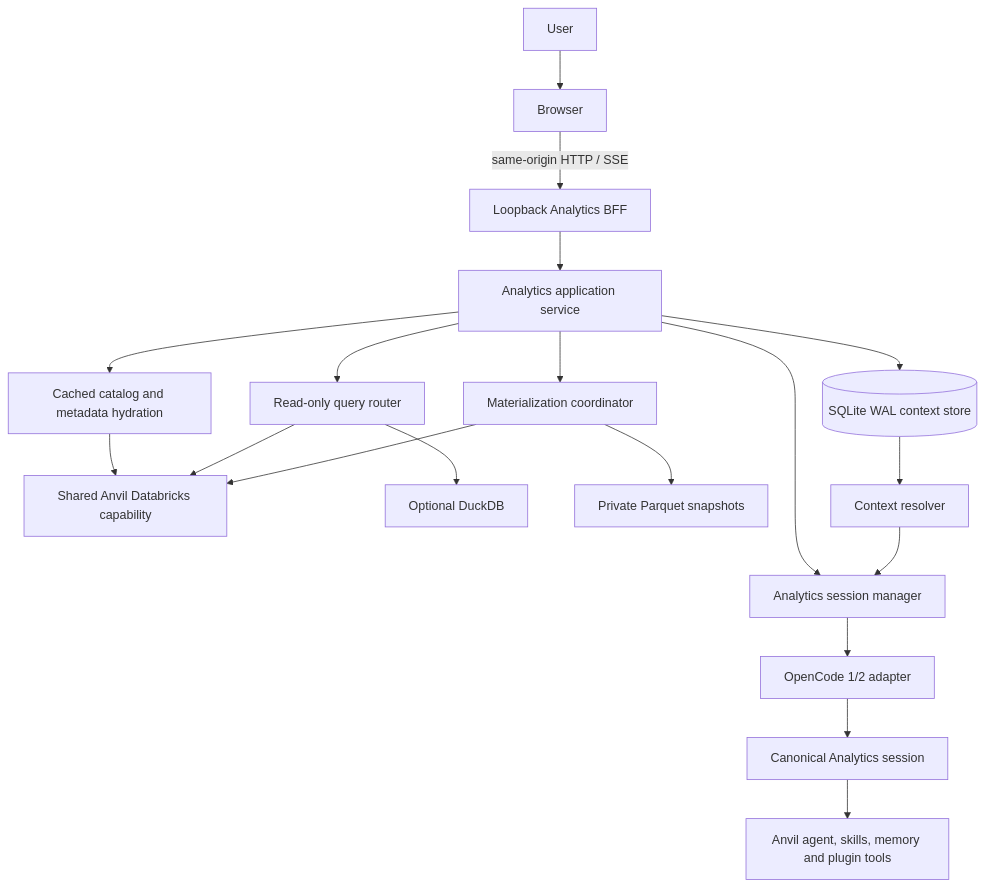
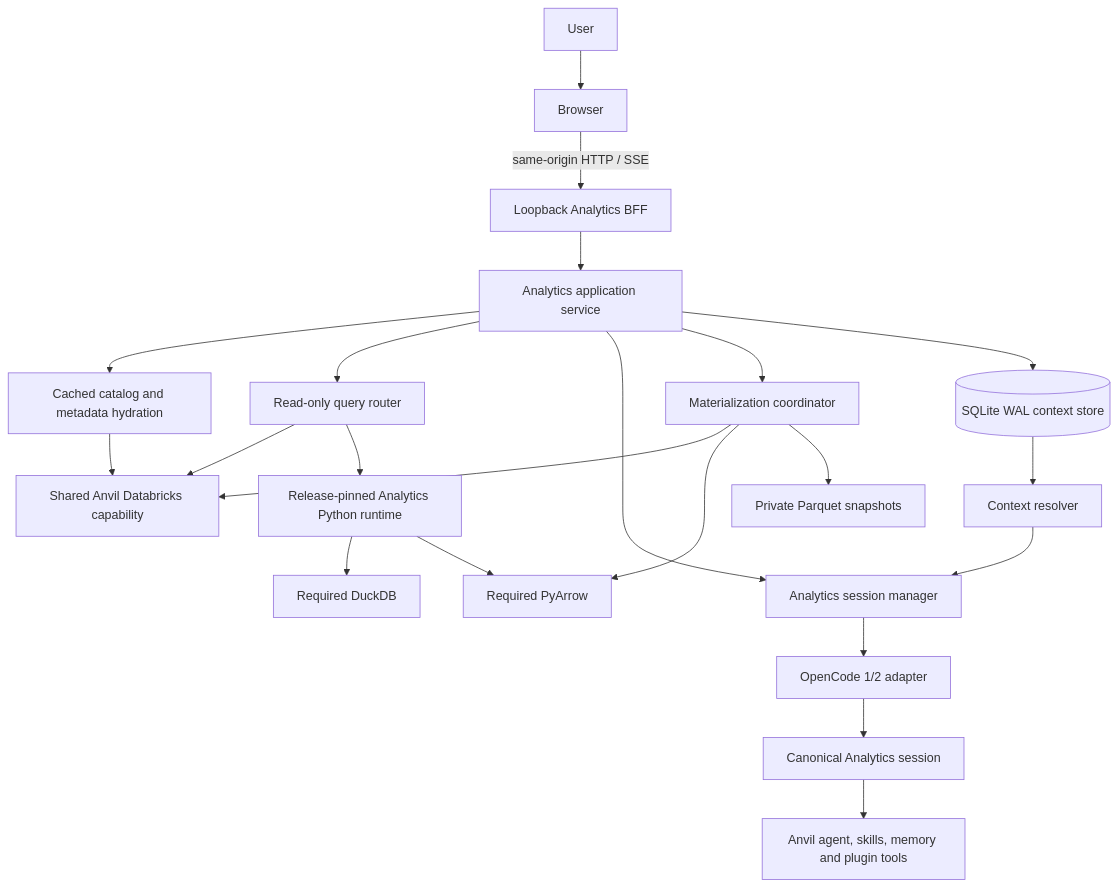
The diagram in docs/analytics-workspace-architecture.md (henrrs/anvil), drawn with Mermaid before and after one commit. The commit also changed other lines of this file and 74 other files, not shown here.

First line of the commit message:
feat: harden Analytics runtime and lifecycle

````diff
--- a/docs/analytics-workspace-architecture.md
+++ b/docs/analytics-workspace-architecture.md
@@ -5,21 +5,24 @@
 ```mermaid
 flowchart TB
   User --> Browser
   Browser -->|same-origin HTTP / SSE| BFF[Loopback Analytics BFF]
   BFF --> Service[Analytics application service]
   Service --> Catalog[Cached catalog and metadata hydration]
   Service --> Router[Read-only query router]
   Service --> Sessions[Analytics session manager]
   Service --> Transfer[Materialization coordinator]
   Catalog --> DBX[Shared Anvil Databricks capability]
   Router --> DBX
   Transfer --> DBX
-  Router --> DuckDB[Optional DuckDB]
+  Router --> PyEnv[Release-pinned Analytics Python runtime]
+  PyEnv --> DuckDB[Required DuckDB]
+  PyEnv --> Arrow[Required PyArrow]
+  Transfer --> Arrow
   Transfer --> Parquet[Private Parquet snapshots]
   Sessions --> Runtime[OpenCode 1/2 adapter]
   Runtime --> Canonical[Canonical Analytics session]
   Canonical --> Anvil[Anvil agent, skills, memory and plugin tools]
   Service --> SQLite[(SQLite WAL context store)]
   Context[Context resolver] --> Sessions
   SQLite --> Context
 ```
````
